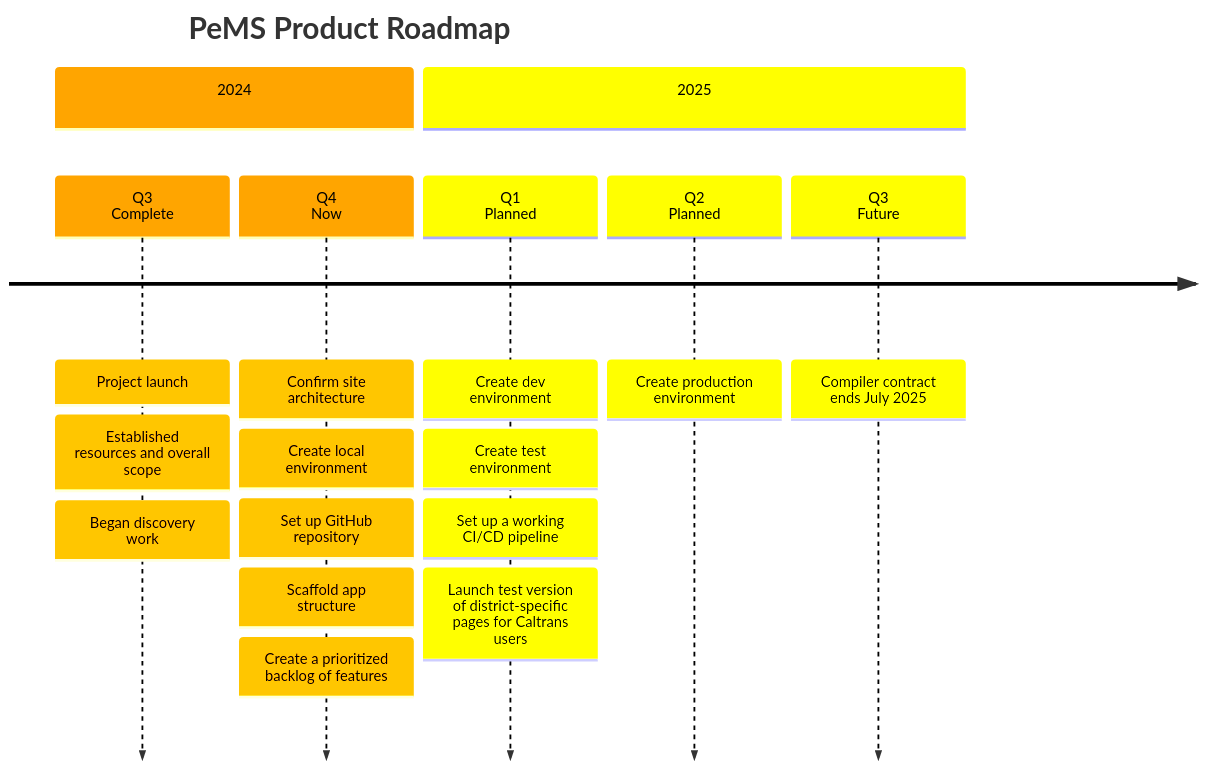
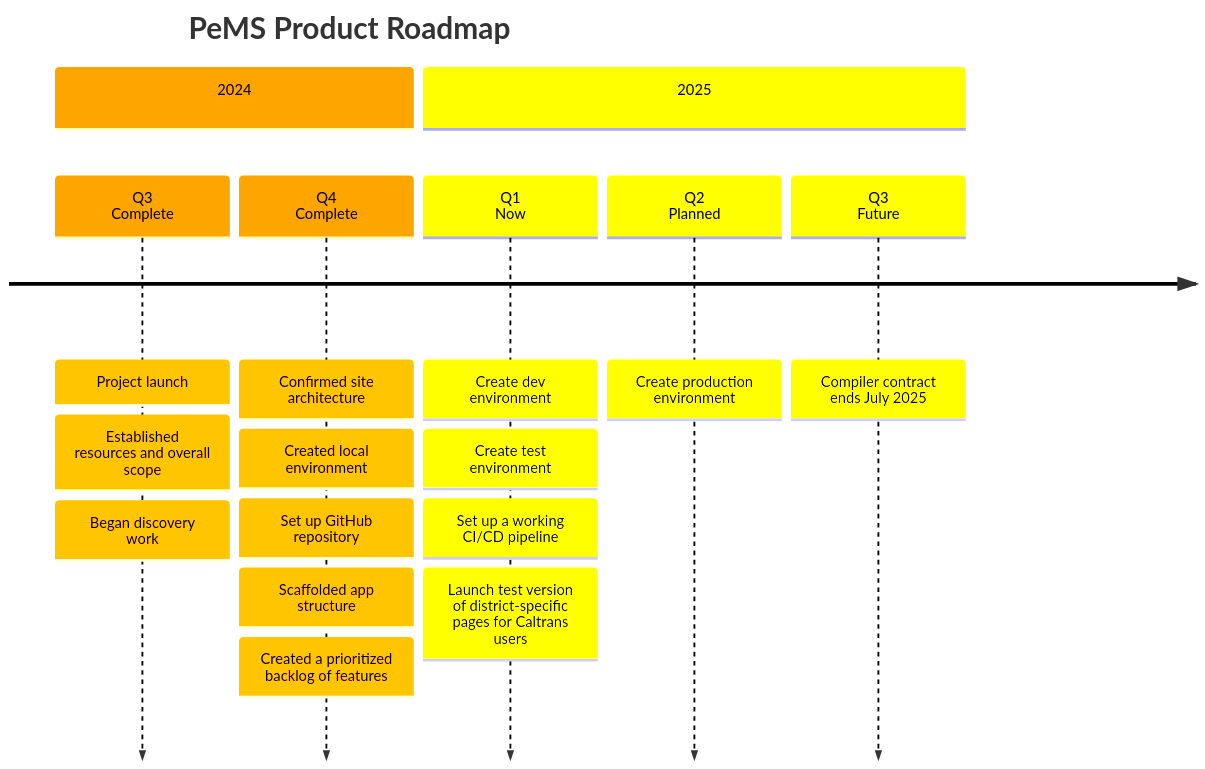
One commit to lalver1/pems changed the diagram in docs/README.md. Above: the diagram before and after it, drawn with Mermaid.

Commit message:
Update README.md
Updated quarterly header for 2024 Q4 to Complete, and 2025 Q1 to Now. Other headers remain the same. Changed language in Q4 to past tense.

````diff
--- a/docs/README.md
+++ b/docs/README.md
@@ -17,46 +17,46 @@
 ```mermaid
 timeline
     title PeMS Product Roadmap
 %% PeMS Epics (2024)
           section 2024
 
           Q3<br>Complete
           : Project launch
           : Established resources and overall scope
           : Began discovery work
 
-          Q4<br>Now
-          : Confirm site architecture
-          : Create local environment
+          Q4<br>Complete
+          : Confirmed site architecture
+          : Created local environment
           : Set up GitHub repository
-          : Scaffold app structure
-          : Create a prioritized backlog of features
+          : Scaffolded app structure
+          : Created a prioritized backlog of features
 
 %% PeMS Epics (2025)
           section 2025
 
-          Q1<br>Planned
+          Q1<br>Now
           : Create dev environment
           : Create test environment
           : Set up a working CI/CD pipeline
           : Launch test version of district-specific pages for Caltrans users
 
           Q2<br>Planned
           : Create production environment
 
           Q3<br>Future
           : Compiler contract ends July 2025
 
 %%{
     init: {
         'logLevel': 'debug',
         'theme': 'default' ,
         'themeVariables': {
             'cScale0': 'orange',
             'cScaleLabel0': 'black',
             'cScale1': 'yellow',
             'cScaleLabel1': 'black'
         }
     }
 }%%
 ```
````
